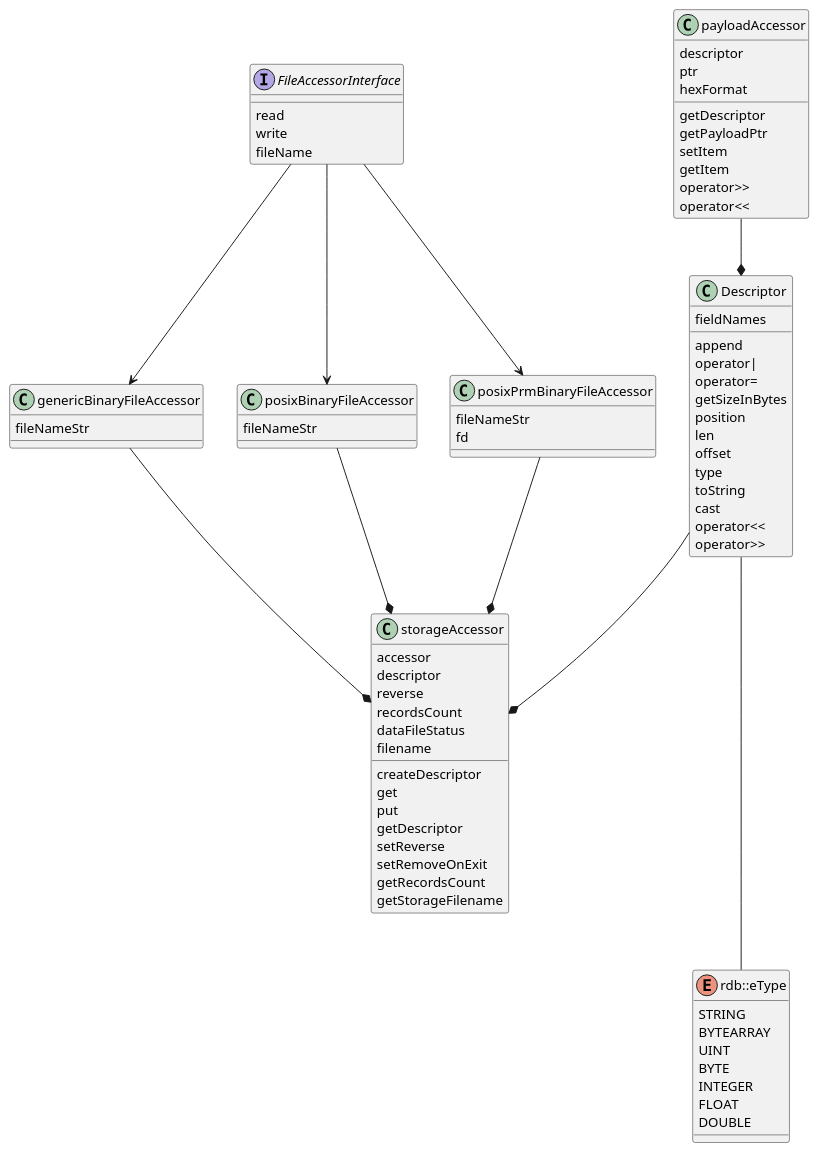
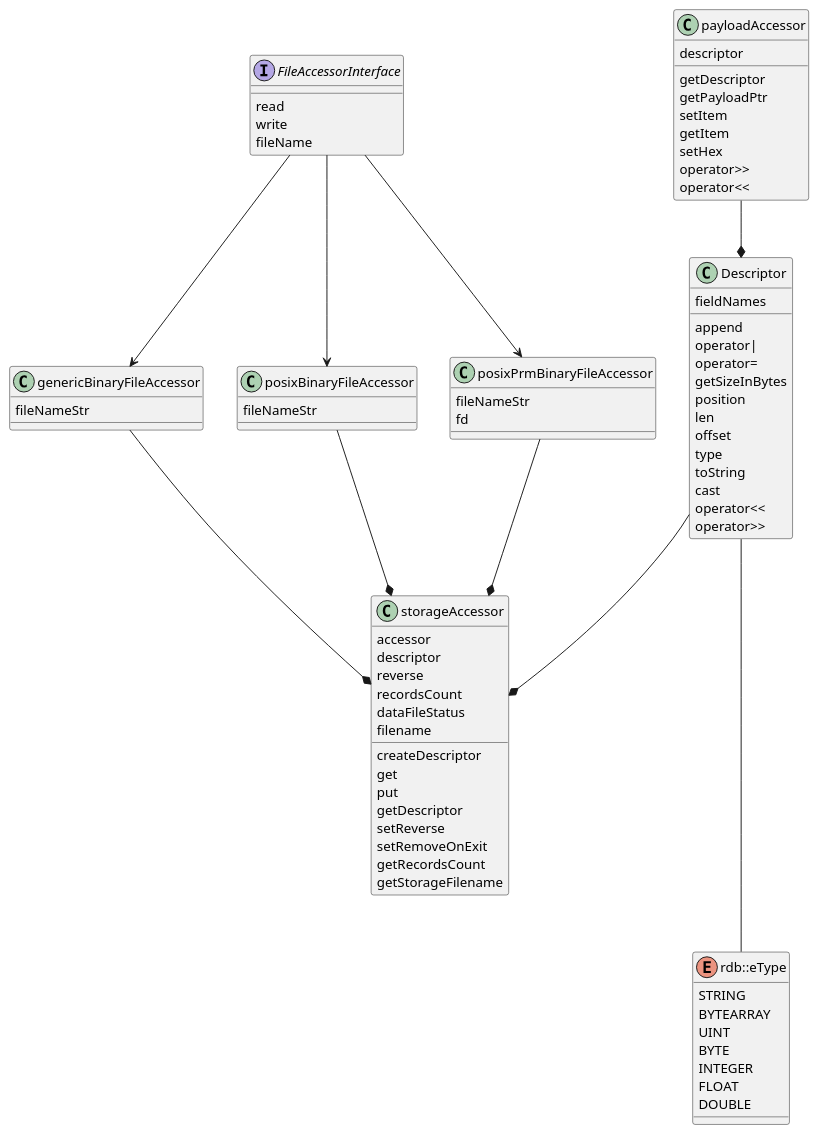
One commit to michalwidera/retractordb changed the diagram in src/include/rdb/UML/rdb.puml. Above: the diagram before and after it, drawn with PlantUML. The commit also changed 8 other files, not shown here.

```diff
--- a/src/include/rdb/UML/rdb.puml
+++ b/src/include/rdb/UML/rdb.puml
@@ -1,96 +1,95 @@
 @startuml
 
 class Descriptor {
     {field} fieldNames
 
     {method} append
     {method} operator|
     {method} operator=
     {method} getSizeInBytes
     {method} position
     {method} len
     {method} offset
     {method} type
     {method} toString
     {method} cast
     {method} operator<<
     {method} operator>>
 }
 
 class genericBinaryFileAccessor {
     {field} fileNameStr
 }
 
 
 class posixBinaryFileAccessor {
     {field} fileNameStr
 }
 
 class posixPrmBinaryFileAccessor {
     {field} fileNameStr
     {field} fd
 }
 
 
 interface FileAccessorInterface {
     {method} read
     {method} write
     {method} fileName
 }
 
 class payloadAccessor {
     {field} descriptor
-    {field} ptr
-    {field} hexFormat
 
     {method} getDescriptor
     {method} getPayloadPtr
     {method} setItem
     {method} getItem
+    {method} setHex
     {method} operator>>
     {method} operator<<
 }
 
 class storageAccessor {
     {field} accessor
     {field} descriptor
     {field} reverse
     {field} recordsCount
     {field} dataFileStatus
     {field} filename
 
     {method} createDescriptor
     {method} get
     {method} put
     {method} getDescriptor
     {method} setReverse
     {method} setRemoveOnExit
     {method} getRecordsCount
     {method} getStorageFilename
 }
 
 enum rdb::eType {
     STRING
     BYTEARRAY
     UINT
     BYTE
     INTEGER
     FLOAT
     DOUBLE
 }
 
 FileAccessorInterface --> genericBinaryFileAccessor
 FileAccessorInterface --> posixBinaryFileAccessor
 FileAccessorInterface --> posixPrmBinaryFileAccessor
 
 genericBinaryFileAccessor --* storageAccessor
 posixBinaryFileAccessor --* storageAccessor
 posixPrmBinaryFileAccessor --* storageAccessor
 
 Descriptor --* storageAccessor
 
 Descriptor --- rdb::eType
 
 payloadAccessor --* Descriptor
 
 @enduml
```
